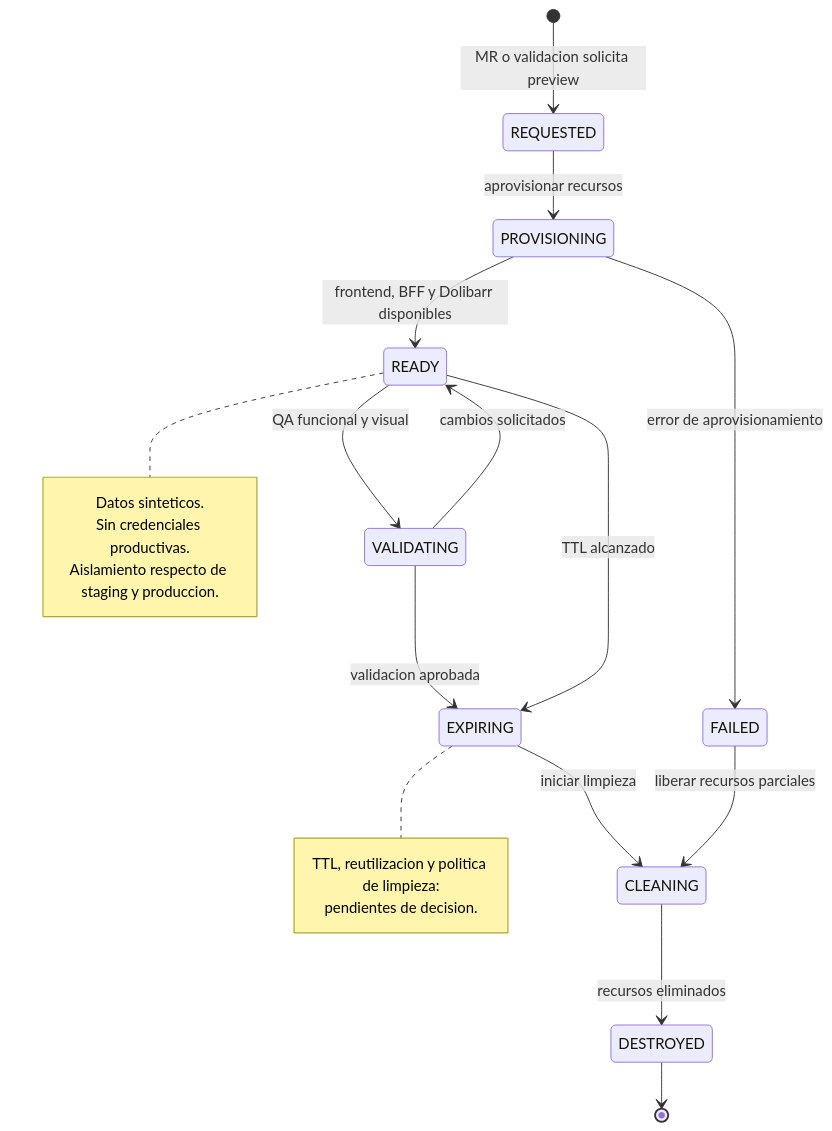
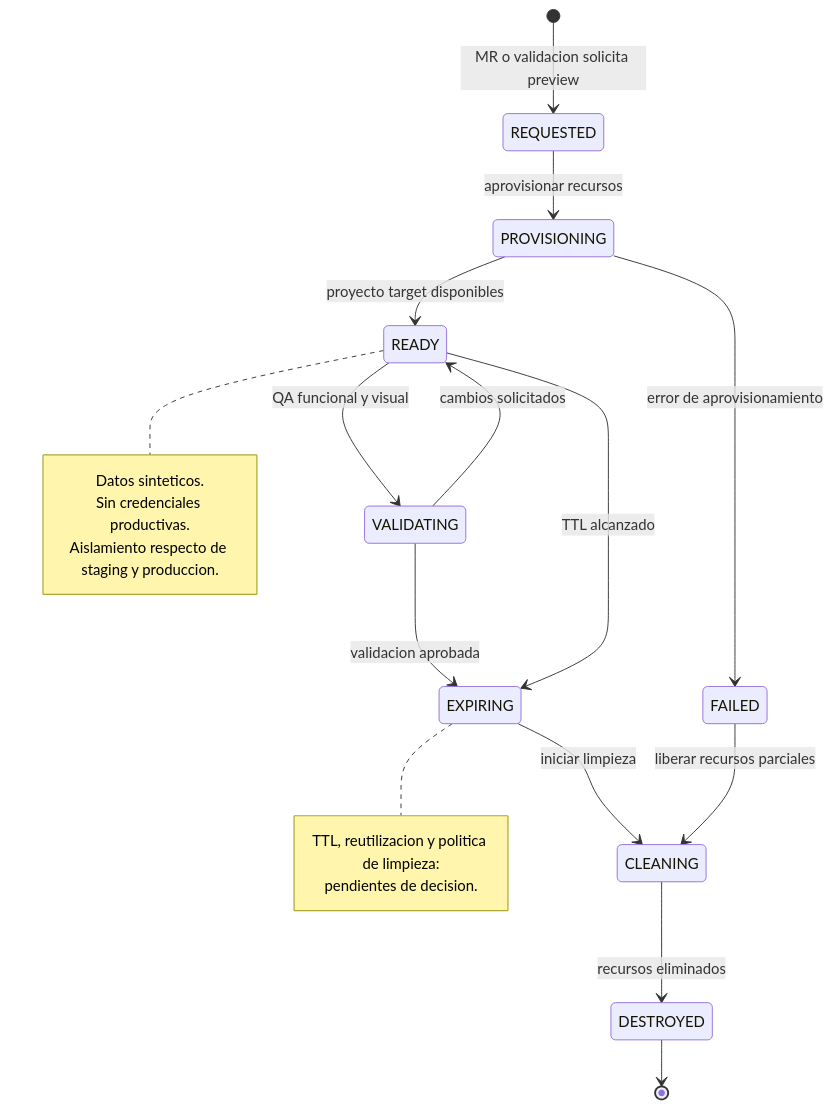
One commit to dsalazardev/ai-hub changed the diagram in architecture/mermaid/19-ciclo-entornos-preview.mmd. Above: the diagram before and after it, drawn with Mermaid. The commit also changed 1324 other files, not shown here.

```diff
--- a/architecture/mermaid/19-ciclo-entornos-preview.mmd
+++ b/architecture/mermaid/19-ciclo-entornos-preview.mmd
@@ -1,22 +1,22 @@
 stateDiagram-v2
     [*] --> REQUESTED : MR o validacion solicita preview
     REQUESTED --> PROVISIONING : aprovisionar recursos
-    PROVISIONING --> READY : frontend, BFF y Dolibarr disponibles
+    PROVISIONING --> READY : proyecto target disponibles
     PROVISIONING --> FAILED : error de aprovisionamiento
     READY --> VALIDATING : QA funcional y visual
     VALIDATING --> READY : cambios solicitados
     VALIDATING --> EXPIRING : validacion aprobada
     READY --> EXPIRING : TTL alcanzado
     EXPIRING --> CLEANING : iniciar limpieza
     FAILED --> CLEANING : liberar recursos parciales
     CLEANING --> DESTROYED : recursos eliminados
     DESTROYED --> [*]
     note right of READY
       Datos sinteticos.
       Sin credenciales productivas.
       Aislamiento respecto de staging y produccion.
     end note
     note right of EXPIRING
       TTL, reutilizacion y politica de limpieza:
       pendientes de decision.
     end note
```
